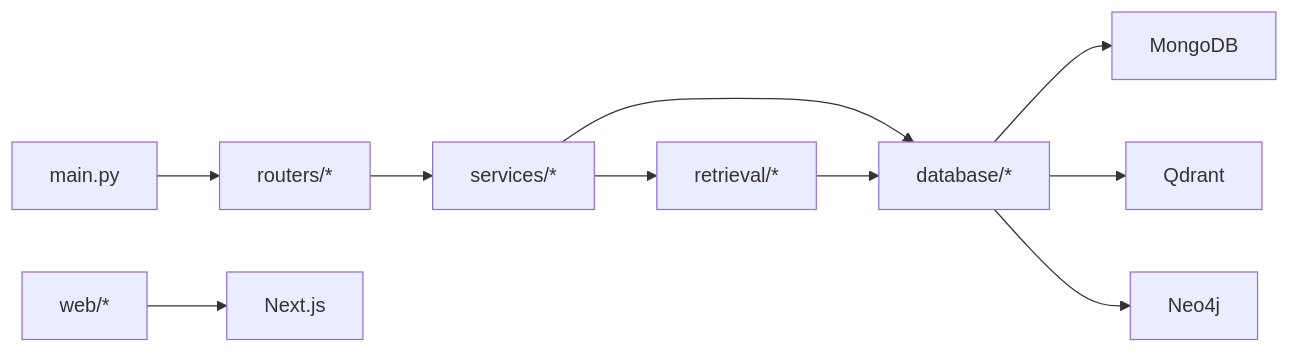
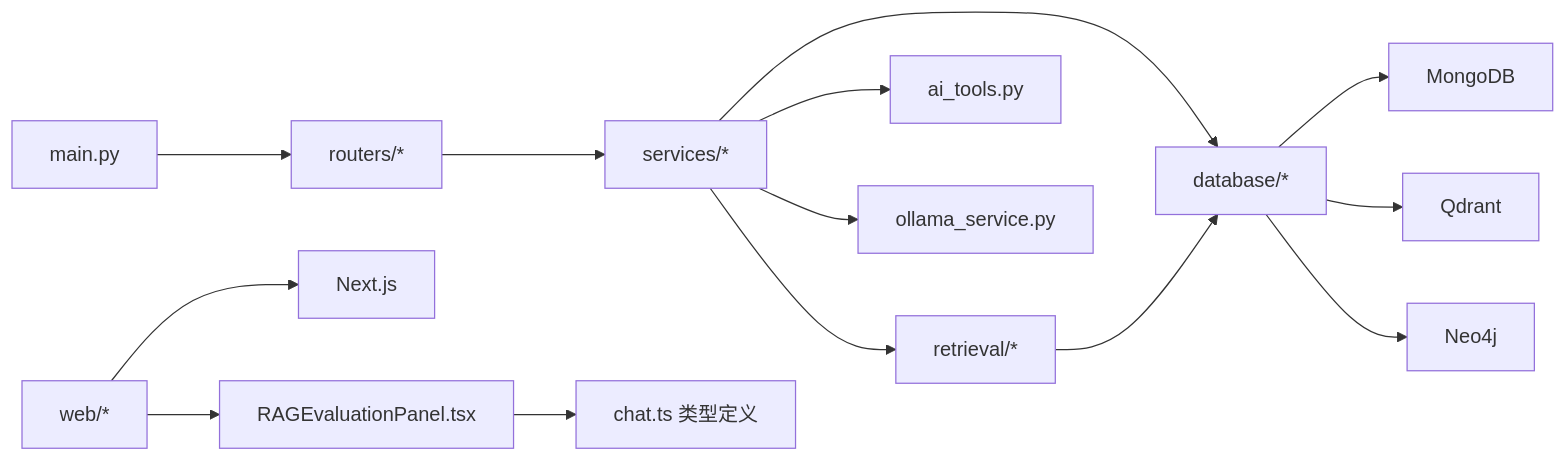
The ninth of 9 diagrams in .qoder/repowiki/zh/content/项目概述/系统架构总览.md (iammm0/advanced-rag), drawn with Mermaid before and after one commit. The commit also changed other lines of this file and 5 other files, not shown here.

````diff
--- a/.qoder/repowiki/zh/content/项目概述/系统架构总览.md
+++ b/.qoder/repowiki/zh/content/项目概述/系统架构总览.md
@@ -323,12 +425,16 @@
 ```mermaid
 graph LR
 MAIN["main.py"] --> ROUTERS["routers/*"]
 ROUTERS --> SERVICES["services/*"]
 SERVICES --> RETRIEVAL["retrieval/*"]
 SERVICES --> DATABASE["database/*"]
+SERVICES --> AITOOLS["ai_tools.py"]
+SERVICES --> OLLAMASVC["ollama_service.py"]
 RETRIEVAL --> DATABASE
 DATABASE --> MONGO["MongoDB"]
 DATABASE --> QDRANT["Qdrant"]
 DATABASE --> NEO4J["Neo4j"]
 WEB["web/*"] --> NEXT["Next.js"]
+WEB --> EVAL_PANEL["RAGEvaluationPanel.tsx"]
+EVAL_PANEL --> TYPES["chat.ts 类型定义"]
 ```
````
